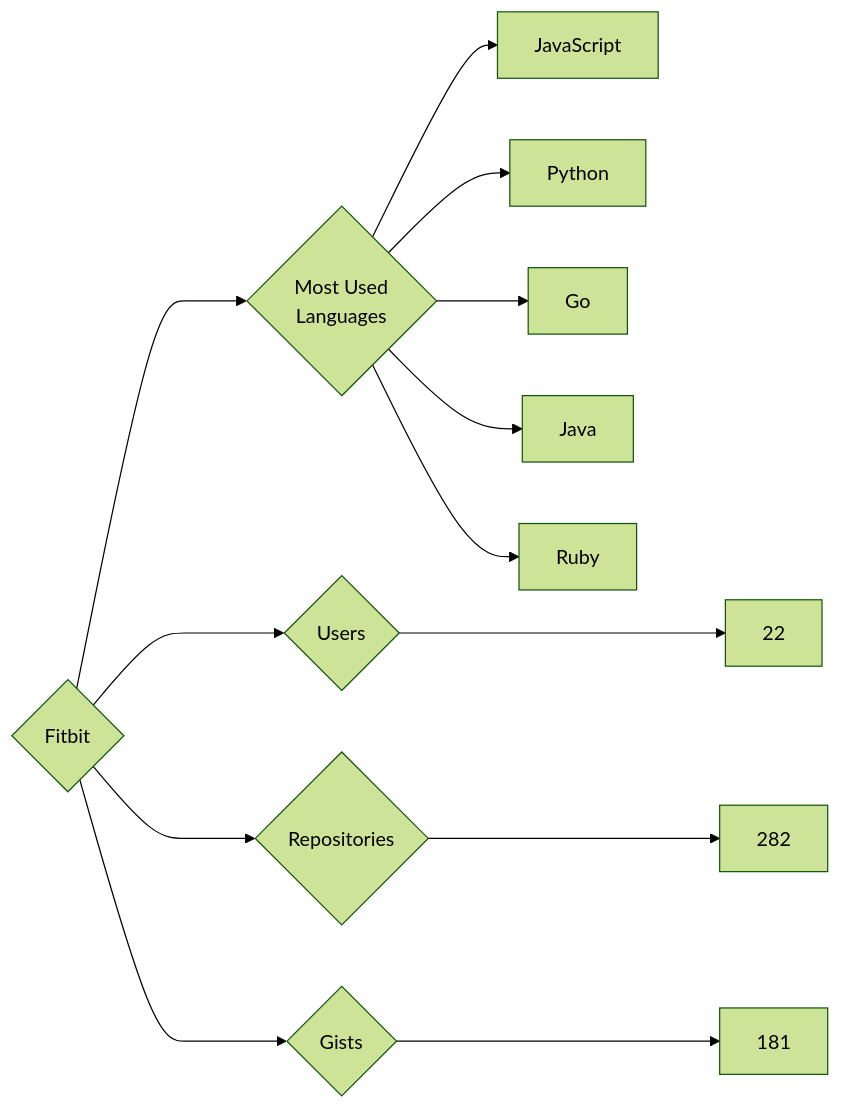
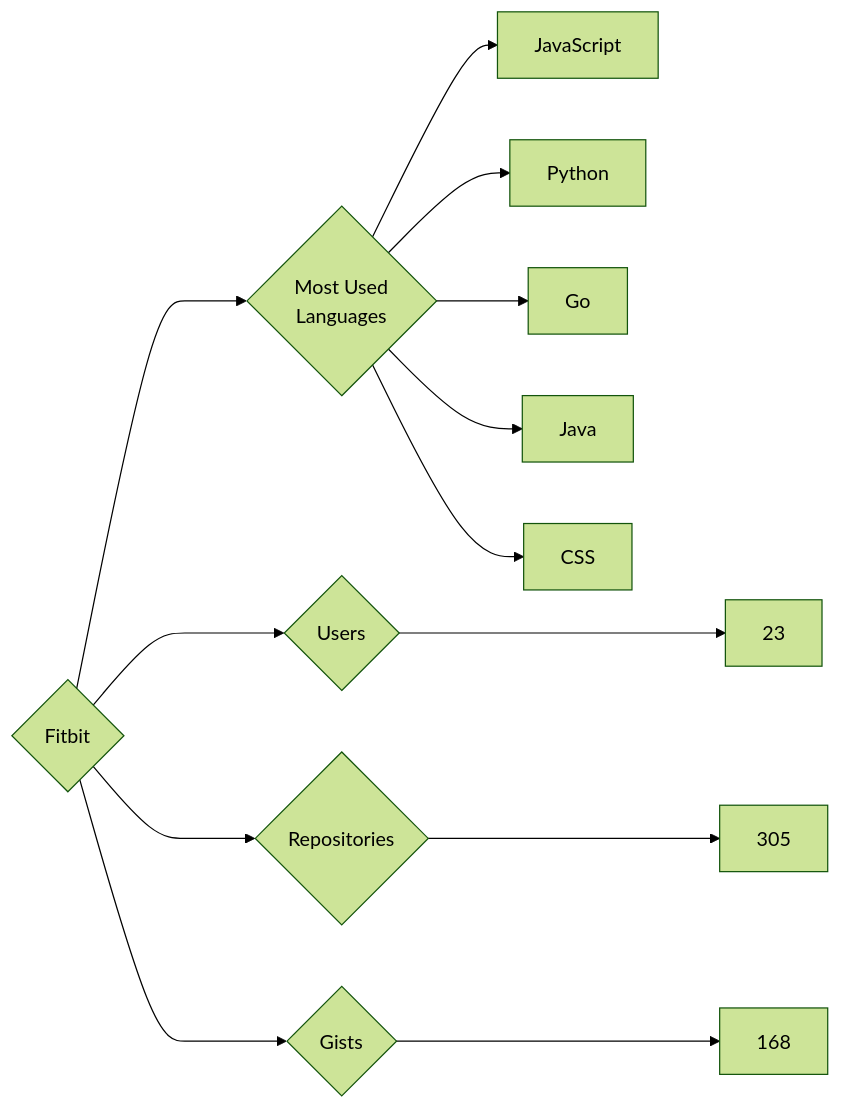
Before and after one commit to trickest/insiders: the diagram in targets/Fitbit/README.md, drawn with Mermaid (forest theme). The commit also changed 622 other files, not shown here.

````diff
--- a/targets/Fitbit/README.md
+++ b/targets/Fitbit/README.md
@@ -3,13 +3,13 @@
 ```mermaid
 graph LR
 COMPANY_NAME{Fitbit}
-COMPANY_NAME ---> U{Users} ---> UN[22]
-COMPANY_NAME ---> R{Repositories} ---> RN[282]
-COMPANY_NAME ---> G{Gists} ---> GN[181]
+COMPANY_NAME ---> U{Users} ---> UN[23]
+COMPANY_NAME ---> R{Repositories} ---> RN[305]
+COMPANY_NAME ---> G{Gists} ---> GN[168]
 COMPANY_NAME ---> ML{Most Used<br>Languages}
 ML --> JavaScript[JavaScript]
 ML --> Python[Python]
 ML --> Go[Go]
 ML --> Java[Java]
-ML --> Ruby[Ruby]
+ML --> CSS[CSS]
 ```
````
